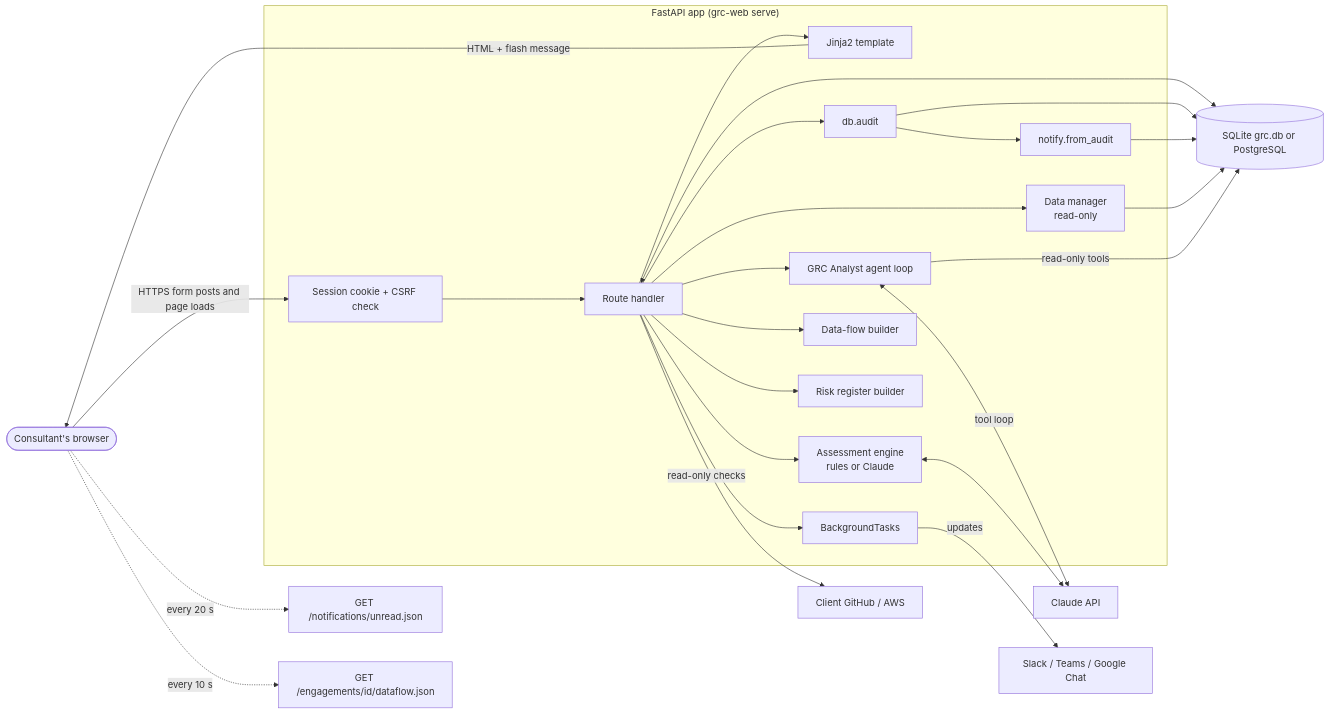
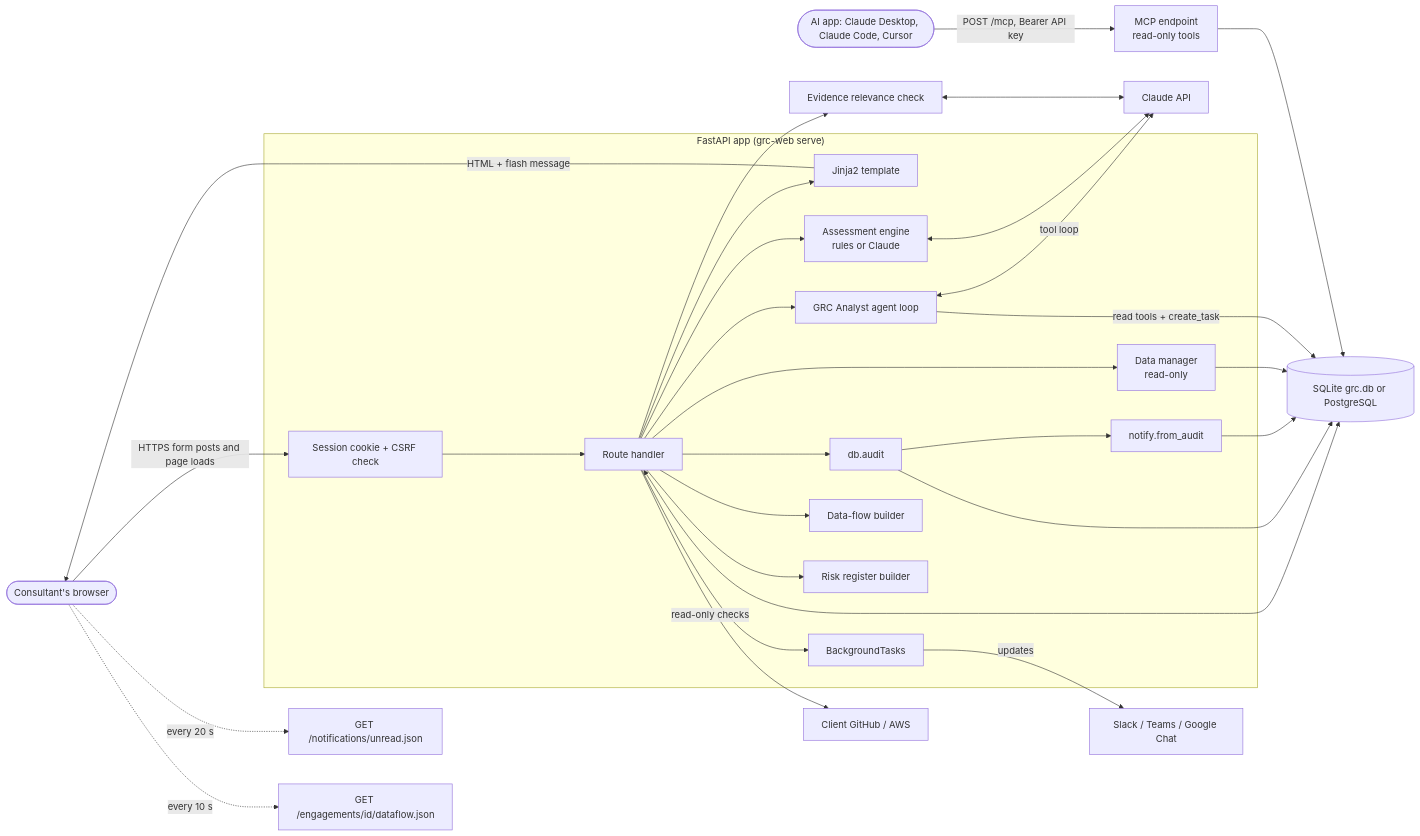
Before and after one commit to Harshitahusts/GRC-Ai: the first of 12 diagrams in docs/SYSTEM_DESIGN.md, drawn with Mermaid. The commit also changed other lines of this file and 33 other files, not shown here.

First line of the commit message:
DPDPA-focused AI features: review gate, evidence check, readiness plan, MCP, sealed audit log

````diff
--- a/docs/SYSTEM_DESIGN.md
+++ b/docs/SYSTEM_DESIGN.md
@@ -8,28 +8,32 @@
 ```mermaid
 flowchart LR
   U([Consultant's browser]) -->|HTTPS form posts and page loads| MW
   subgraph Server["FastAPI app (grc-web serve)"]
     MW[Session cookie + CSRF check] --> R[Route handler]
     R --> T[Jinja2 template]
     R --> AU[db.audit]
     AU --> NT[notify.from_audit]
     R --> BG[BackgroundTasks]
     R --> AG[GRC Analyst agent loop]
     R --> AS[Assessment engine<br/>rules or Claude]
     R --> DF[Data-flow builder]
     R --> RK[Risk register builder]
     R --> DM[Data manager<br/>read-only]
   end
   R <--> DB[(SQLite grc.db or PostgreSQL)]
   AU --> DB
   NT --> DB
   DM --> DB
   AG <-->|tool loop| CL[Claude API]
   AS <--> CL
-  AG -->|read-only tools| DB
+  AG -->|read tools + create_task| DB
+  MC([AI app: Claude Desktop, Claude Code, Cursor]) -->|"POST /mcp, Bearer API key"| MCP[MCP endpoint<br/>read-only tools]
+  MCP --> DB
+  R --> EC[Evidence relevance check]
+  EC <--> CL
   BG -->|updates| CH[Slack / Teams / Google Chat]
   R -->|read-only checks| EV[Client GitHub / AWS]
   T -->|HTML + flash message| U
   U -.->|every 20 s| NJ["GET /notifications/unread.json"]
   U -.->|every 10 s| FJ["GET /engagements/id/dataflow.json"]
 ```
````
